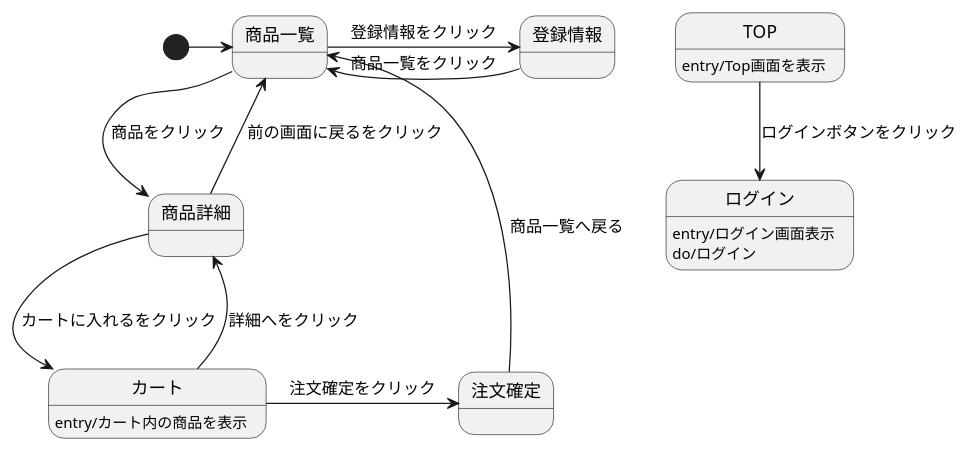
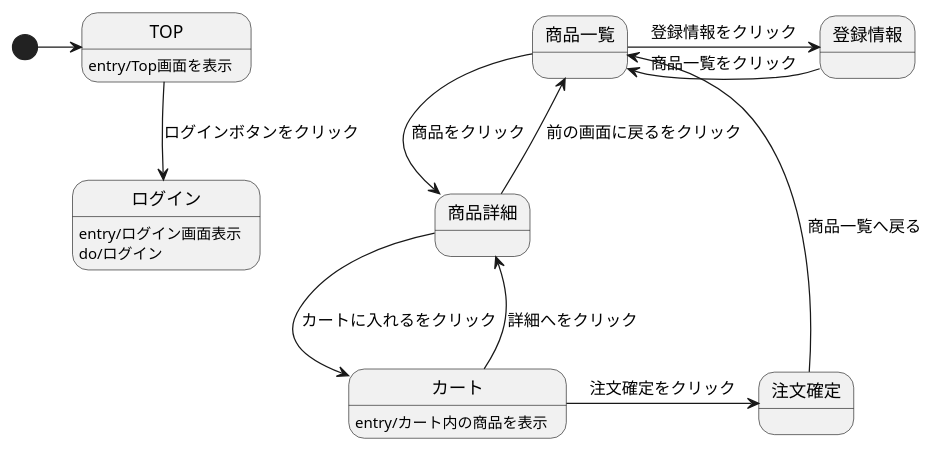
The diagram in ScreenTransitionDiagram.md (ASO2001040/bugbug-design), drawn with PlantUML before and after one commit.

````diff
--- a/ScreenTransitionDiagram.md
+++ b/ScreenTransitionDiagram.md
@@ -1,19 +1,19 @@
 ```uml
 @startuml
-[*]->商品一覧
+[*]->TOP
 
 TOP : entry/Top画面を表示
 TOP-->ログイン: ログインボタンをクリック
 ログイン: entry/ログイン画面表示
 ログイン : do/ログイン
 カート: entry/カート内の商品を表示
 商品一覧->商品詳細: 商品をクリック
 商品詳細-->商品一覧: 前の画面に戻るをクリック
 商品一覧->登録情報: 登録情報をクリック
 登録情報->商品一覧: 商品一覧をクリック
 商品詳細-->カート: カートに入れるをクリック
 カート-->商品詳細: 詳細へをクリック
 カート->注文確定: 注文確定をクリック
 注文確定->商品一覧: 商品一覧へ戻る
 @enduml
 ```
````
